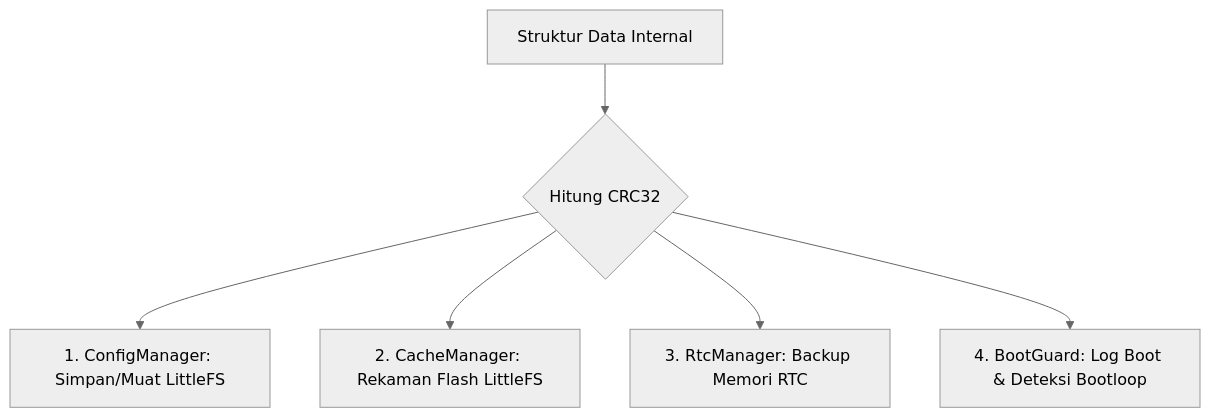
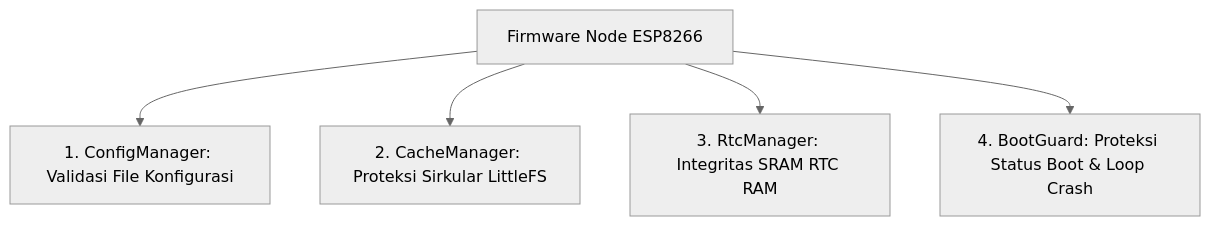
Before and after one commit to dhimasardinata/ta-iot-greenhouse-docs: the diagram in src/content/docs/03-system-foundation/crc32.md, drawn with Mermaid (neutral theme). The commit also changed other lines of this file and 44 other files, not shown here.

````diff
--- a/src/content/docs/03-system-foundation/crc32.md
+++ b/src/content/docs/03-system-foundation/crc32.md
@@ -41,8 +67,7 @@
 ```mermaid
 flowchart TD
-    Data[Struktur Data Internal] --> CRC{Hitung CRC32}
-    CRC --> C_Config[1. ConfigManager: Simpan/Muat LittleFS]
-    CRC --> C_Cache[2. CacheManager: Rekaman Flash LittleFS]
-    CRC --> C_RTC[3. RtcManager: Backup Memori RTC]
-    CRC --> C_Boot[4. BootGuard: Log Boot & Deteksi Bootloop]
+    Node[Firmware Node ESP8266] --> Config[1. ConfigManager: Validasi File Konfigurasi]
+    Node --> Cache[2. CacheManager: Proteksi Sirkular LittleFS]
+    Node --> RTC[3. RtcManager: Integritas SRAM RTC RAM]
+    Node --> Boot[4. BootGuard: Proteksi Status Boot & Loop Crash]
 ```
````
